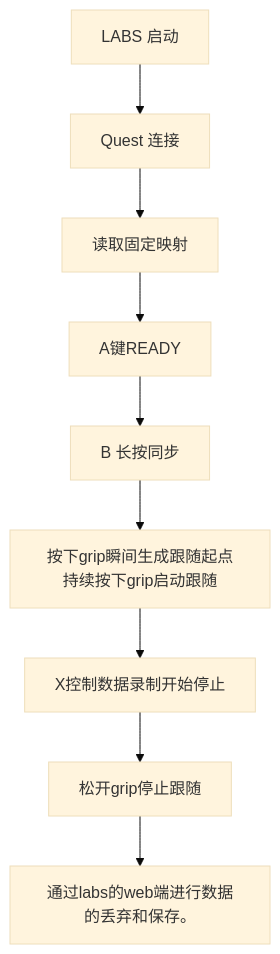
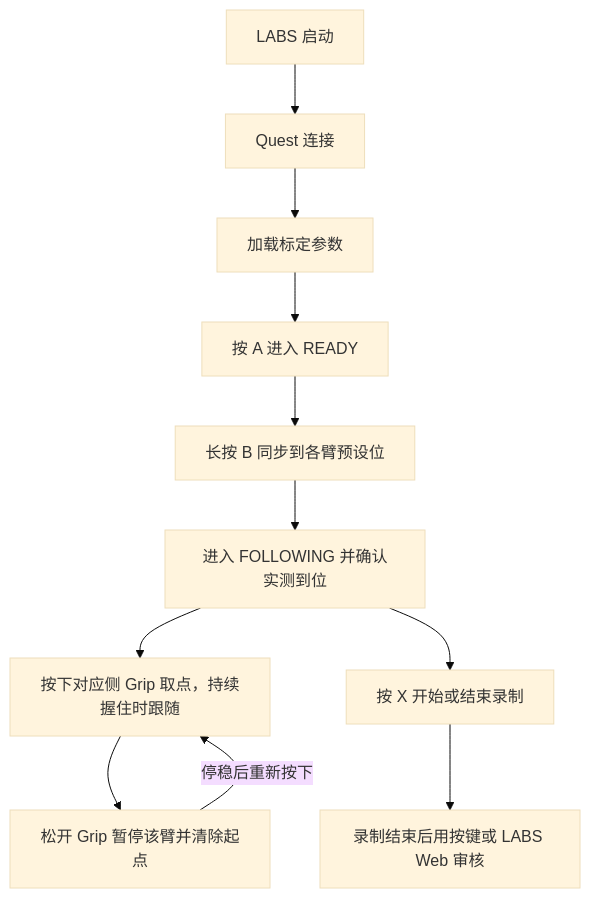
Before and after one commit to YYxzz8866/Quest-Proposal: the seventh of 7 diagrams in Quest.md, drawn with Mermaid (base theme). The commit also changed other lines of this file and 9 other files, not shown here.

````diff
--- a/Quest.md
+++ b/Quest.md
@@ -841,20 +841,21 @@
 ```mermaid
 flowchart TD
     N0["LABS 启动"]
     N1["Quest 连接"]
-    N2["读取固定映射"]
-    N3["A键READY"]
-    N4["B 长按同步"]
-    N5["按下grip瞬间生成跟随起点持续按下grip启动跟随"]
-    N6["X控制数据录制开始停止"]
-    N7["松开grip停止跟随"]
-    N8["通过labs的web端进行数据的丢弃和保存。"]
+    N2["加载标定参数"]
+    N3["按 A 进入 READY"]
+    N4["长按 B 同步到各臂预设位"]
+    Arrived["进入 FOLLOWING 并确认实测到位"]
+    N5["按下对应侧 Grip 取点，持续握住时跟随"]
+    N6["按 X 开始或结束录制"]
+    N7["松开 Grip 暂停该臂并清除起点"]
+    N8["录制结束后用按键或 LABS Web 审核"]
     N0 --> N1
     N1 --> N2
     N2 --> N3
     N3 --> N4
-    N4 --> N5
-    N5 --> N6
-    N6 --> N7
-    N7 --> N8
+    N4 --> Arrived
+    Arrived --> N5 --> N7
+    N7 -->|停稳后重新按下| N5
+    Arrived --> N6 --> N8
 ```
````
